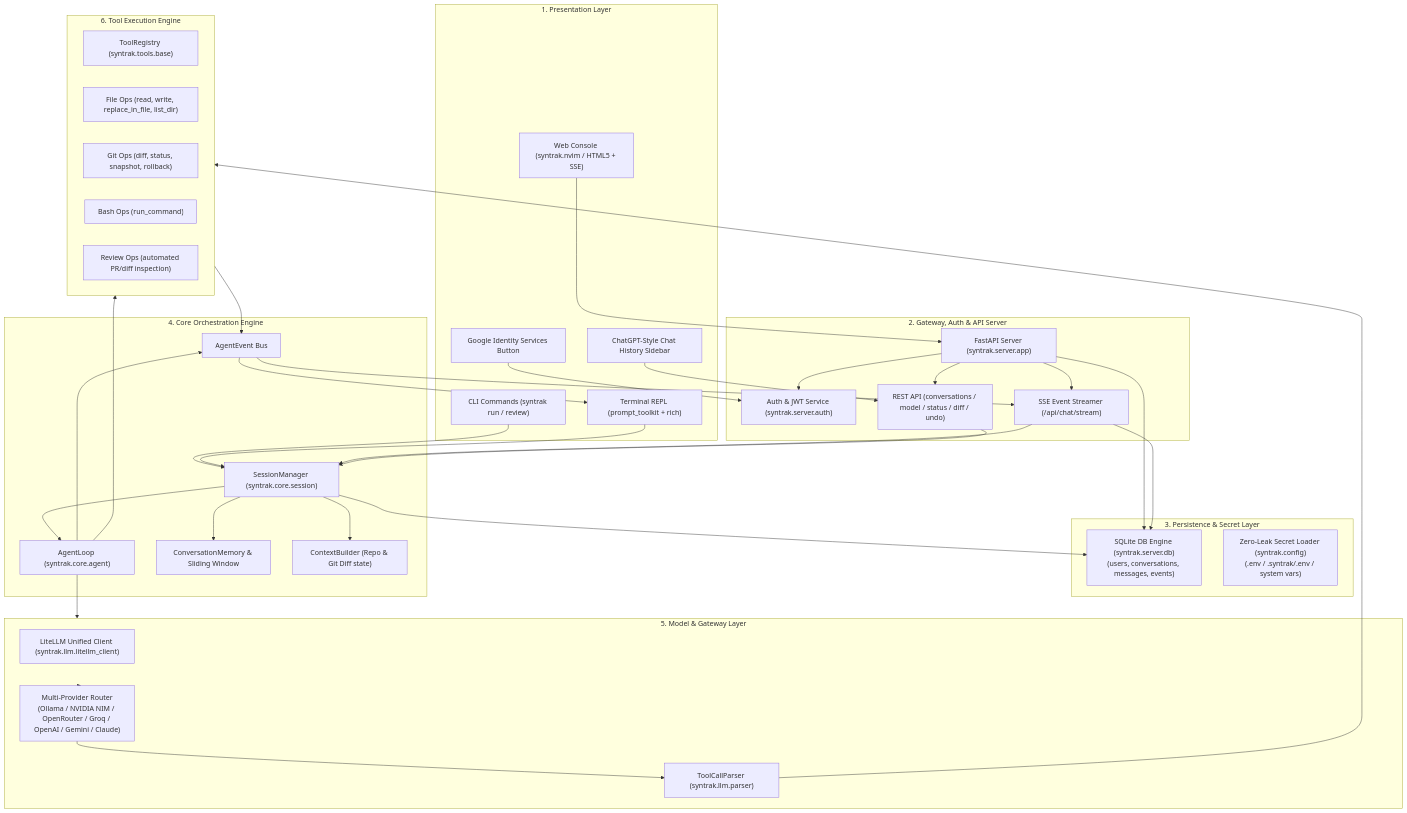
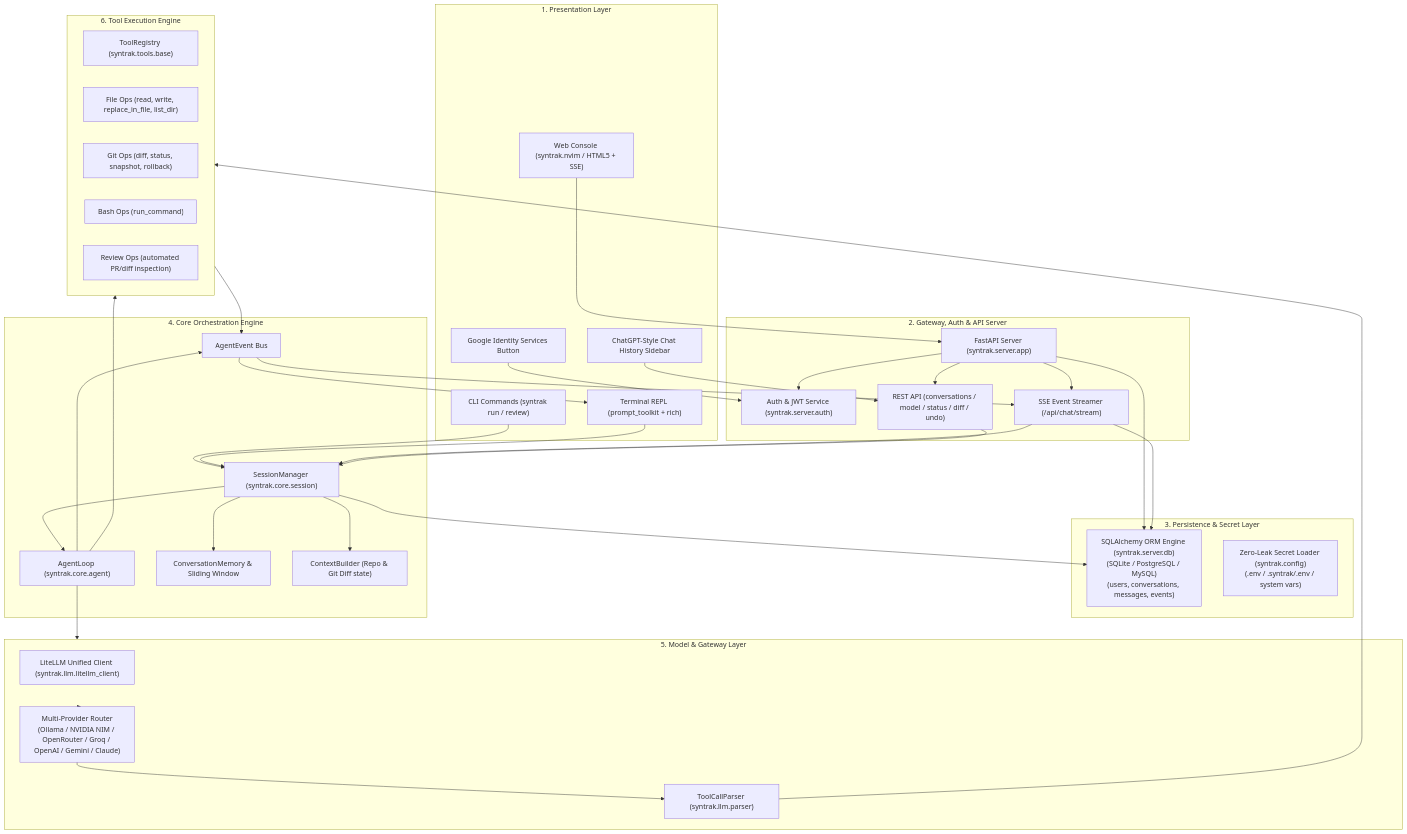
One commit to Enky-yy/Syntrak changed the first of 2 diagrams in ARCHITECTURE.md. Above: the diagram before and after it, drawn with Mermaid. The commit also changed other lines of this file and 4 other files, not shown here.

Commit message:
feat(server): refactor database layer to SQLAlchemy 2.0 and bump to v0.1.2

````diff
--- a/ARCHITECTURE.md
+++ b/ARCHITECTURE.md
@@ -12,73 +12,73 @@
 ```mermaid
 flowchart TD
     subgraph UI_Layer["1. Presentation Layer"]
         CLI["CLI Commands (syntrak run / review)"]
         REPL["Terminal REPL (prompt_toolkit + rich)"]
         WebUI["Web Console (syntrak.nvim / HTML5 + SSE)"]
         GoogleGIS["Google Identity Services Button"]
         Sidebar["ChatGPT-Style Chat History Sidebar"]
     end
 
     subgraph Server_Layer["2. Gateway, Auth & API Server"]
         FastAPI["FastAPI Server (syntrak.server.app)"]
         AuthService["Auth & JWT Service (syntrak.server.auth)"]
         SSE["SSE Event Streamer (/api/chat/stream)"]
         REST["REST API (conversations / model / status / diff / undo)"]
     end
 
     subgraph Persistence_Layer["3. Persistence & Secret Layer"]
-        SQLiteDB["SQLite DB Engine (syntrak.server.db)\n(users, conversations, messages, events)"]
+        SQLAlchemyDB["SQLAlchemy ORM Engine (syntrak.server.db)\n(SQLite / PostgreSQL / MySQL)\n(users, conversations, messages, events)"]
         EnvLoader["Zero-Leak Secret Loader (syntrak.config)\n(.env / .syntrak/.env / system vars)"]
     end
 
     subgraph Core_Engine["4. Core Orchestration Engine"]
         Session["SessionManager (syntrak.core.session)"]
         Agent["AgentLoop (syntrak.core.agent)"]
         Memory["ConversationMemory & Sliding Window"]
         Context["ContextBuilder (Repo & Git Diff state)"]
         Events["AgentEvent Bus"]
     end
 
     subgraph LLM_Gateway["5. Model & Gateway Layer"]
         LiteLLM["LiteLLM Unified Client (syntrak.llm.litellm_client)"]
         Parser["ToolCallParser (syntrak.llm.parser)"]
         Providers["Multi-Provider Router\n(Ollama / NVIDIA NIM / OpenRouter / Groq / OpenAI / Gemini / Claude)"]
     end
 
     subgraph Tool_Engine["6. Tool Execution Engine"]
         Registry["ToolRegistry (syntrak.tools.base)"]
         FileTools["File Ops (read, write, replace_in_file, list_dir)"]
         GitTools["Git Ops (diff, status, snapshot, rollback)"]
         BashTools["Bash Ops (run_command)"]
         ReviewTools["Review Ops (automated PR/diff inspection)"]
     end
 
     %% Connections
     CLI --> Session
     REPL --> Session
     WebUI --> FastAPI
     GoogleGIS --> AuthService
     Sidebar --> REST
     
     FastAPI --> AuthService
     FastAPI --> SSE & REST
-    FastAPI --> SQLiteDB
+    FastAPI --> SQLAlchemyDB
     
     SSE & REST --> Session
     Session --> Agent
     Session --> Memory
     Session --> Context
-    Session --> SQLiteDB
+    Session --> SQLAlchemyDB
 
     Agent --> LLM_Gateway
     Agent --> Tool_Engine
     Agent --> Events
 
     LLM_Gateway --> Providers
     Providers --> Parser
     Parser --> Tool_Engine
     Tool_Engine --> Events
     Events --> REPL
     Events --> SSE
-    SSE --> SQLiteDB
+    SSE --> SQLAlchemyDB
 ```
````
